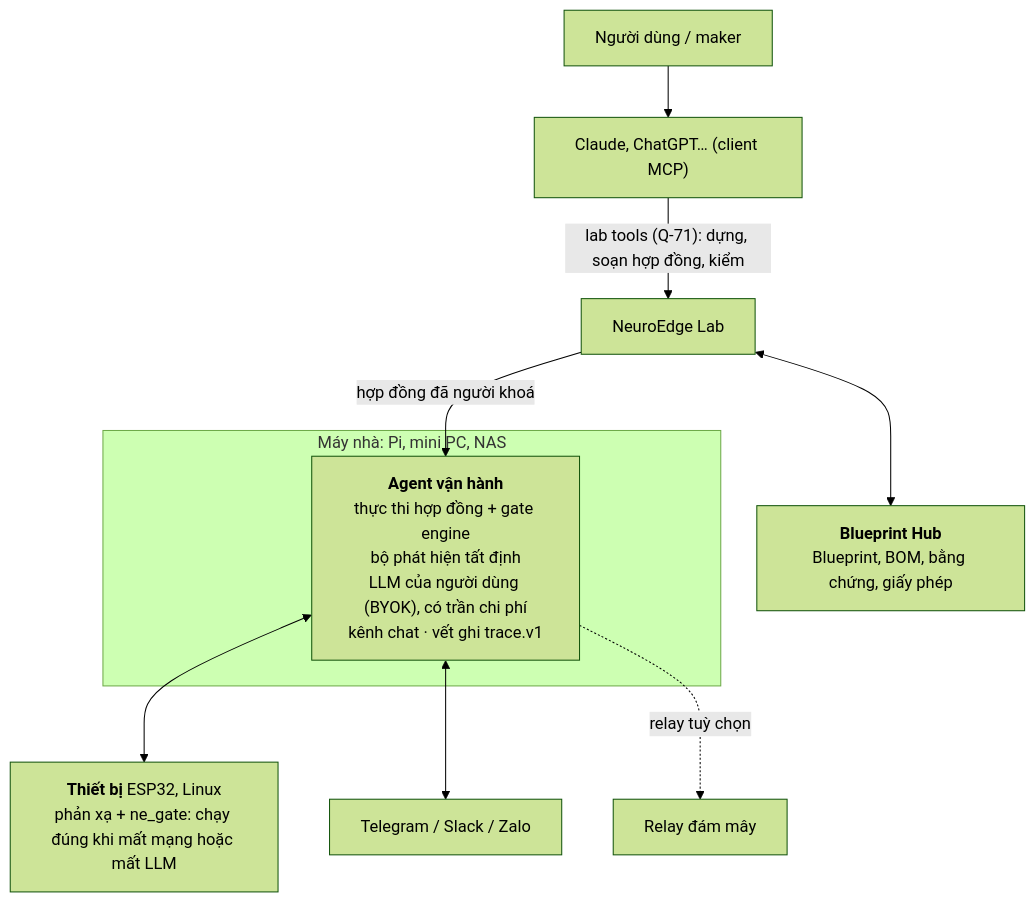
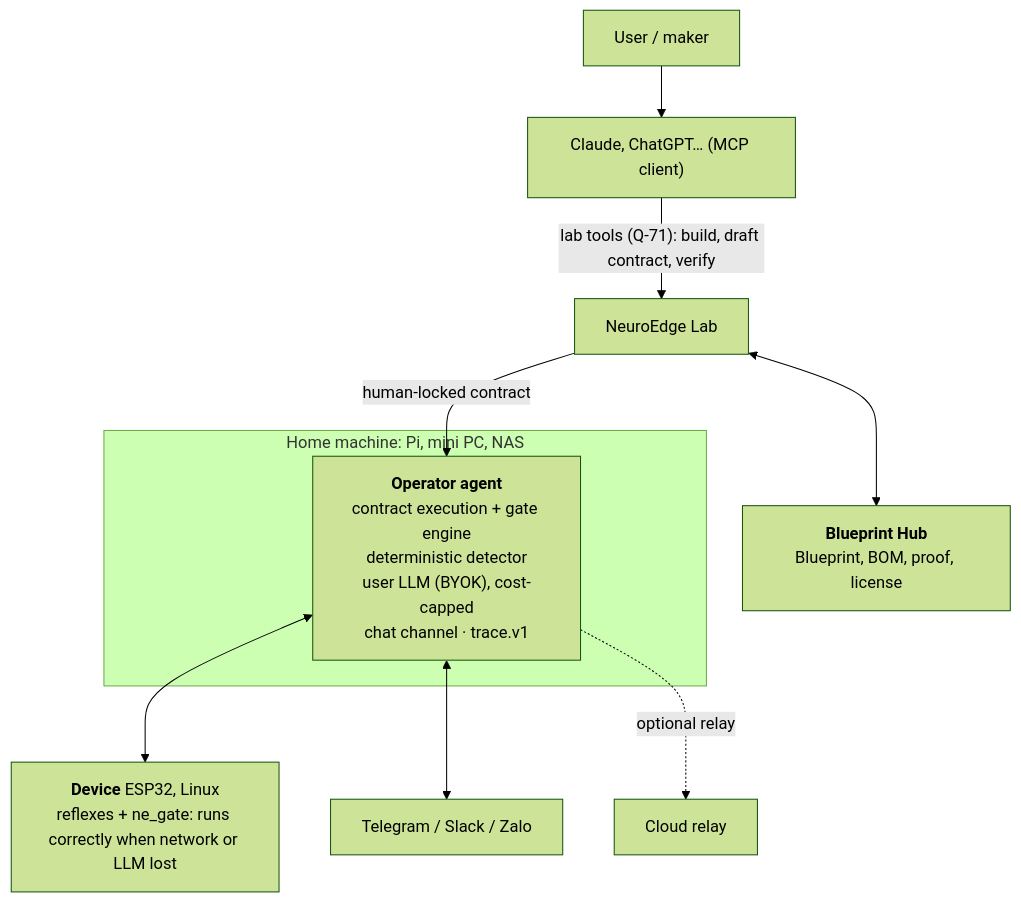
The second of 3 diagrams in docs/business/proposal-blueprint-2026-10-11.md (letrongminh/neuroedge-init), drawn with Mermaid (forest theme) before and after one commit. The commit also changed other lines of this file and 57 other files, not shown here.

Commit message:
docs in English: spec, architecture 00-05, RFCs, user docs, kits, partner guides, demos, reports, Blueprint proposal

````diff
--- a/docs/business/proposal-blueprint-2026-10-11.md
+++ b/docs/business/proposal-blueprint-2026-10-11.md
@@ -145,13 +145,13 @@
 ```mermaid
 flowchart TD
-    U["Người dùng / maker"] --> C["Claude, ChatGPT… (client MCP)"]
-    C -- "lab tools (Q-71): dựng, soạn hợp đồng, kiểm" --> L["NeuroEdge Lab"]
-    L -- "hợp đồng đã người khoá" --> A
-    subgraph Home["Máy nhà: Pi, mini PC, NAS"]
-        A["<b>Agent vận hành</b><br/>thực thi hợp đồng + gate engine<br/>bộ phát hiện tất định<br/>LLM của người dùng (BYOK), có trần chi phí<br/>kênh chat · vết ghi trace.v1"]
+    U["User / maker"] --> C["Claude, ChatGPT… (MCP client)"]
+    C -- "lab tools (Q-71): build, draft contract, verify" --> L["NeuroEdge Lab"]
+    L -- "human-locked contract" --> A
+    subgraph Home["Home machine: Pi, mini PC, NAS"]
+        A["<b>Operator agent</b><br/>contract execution + gate engine<br/>deterministic detector<br/>user LLM (BYOK), cost-capped<br/>chat channel · trace.v1"]
     end
-    A <--> D["<b>Thiết bị</b> ESP32, Linux<br/>phản xạ + ne_gate: chạy đúng khi mất mạng hoặc mất LLM"]
+    A <--> D["<b>Device</b> ESP32, Linux<br/>reflexes + ne_gate: runs correctly when network or LLM lost"]
     A <--> T["Telegram / Slack / Zalo"]
-    L <--> H["<b>Blueprint Hub</b><br/>Blueprint, BOM, bằng chứng, giấy phép"]
-    A -. "relay tuỳ chọn" .-> RL["Relay đám mây"]
+    L <--> H["<b>Blueprint Hub</b><br/>Blueprint, BOM, proof, license"]
+    A -. "optional relay" .-> RL["Cloud relay"]
 ```
````
